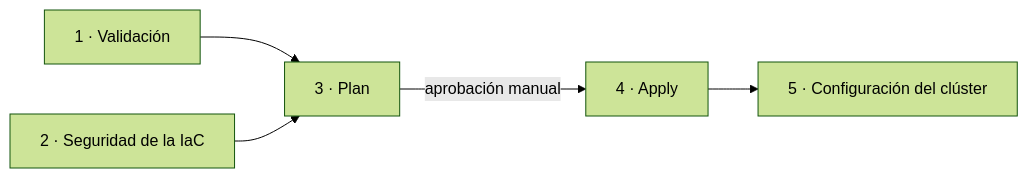
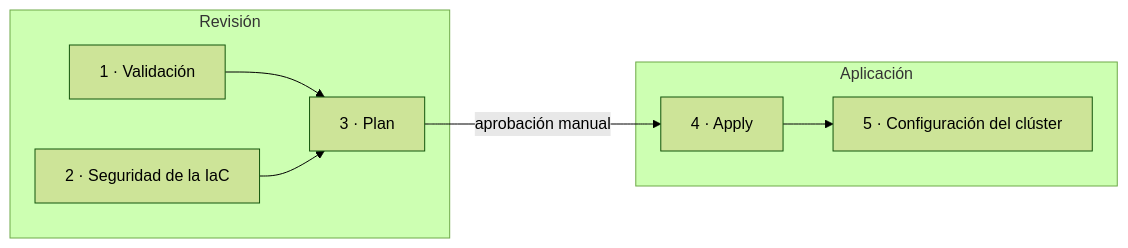
Before and after one commit to londono652/nelua-api: the second of 2 diagrams in cicd/README.md, drawn with Mermaid (forest theme). The commit also changed other lines of this file and 7 other files, not shown here.

Commit message:
Pipelines agrupados: CI/CD en app, Revisión/Aplicación en infra

````diff
--- a/cicd/README.md
+++ b/cicd/README.md
@@ -90,7 +101,11 @@
 ```mermaid
 flowchart LR
-  V["1 · Validación"] --> PL["3 · Plan"]
-  SE["2 · Seguridad de la IaC"] --> PL
-  PL -->|aprobación manual| A["4 · Apply"]
-  A --> C["5 · Configuración del clúster"]
+  subgraph Revisión
+    V["1 · Validación"] --> PL["3 · Plan"]
+    SE["2 · Seguridad de la IaC"] --> PL
+  end
+  subgraph Aplicación
+    A["4 · Apply"] --> C["5 · Configuración del clúster"]
+  end
+  PL -->|aprobación manual| A
 ```
````
